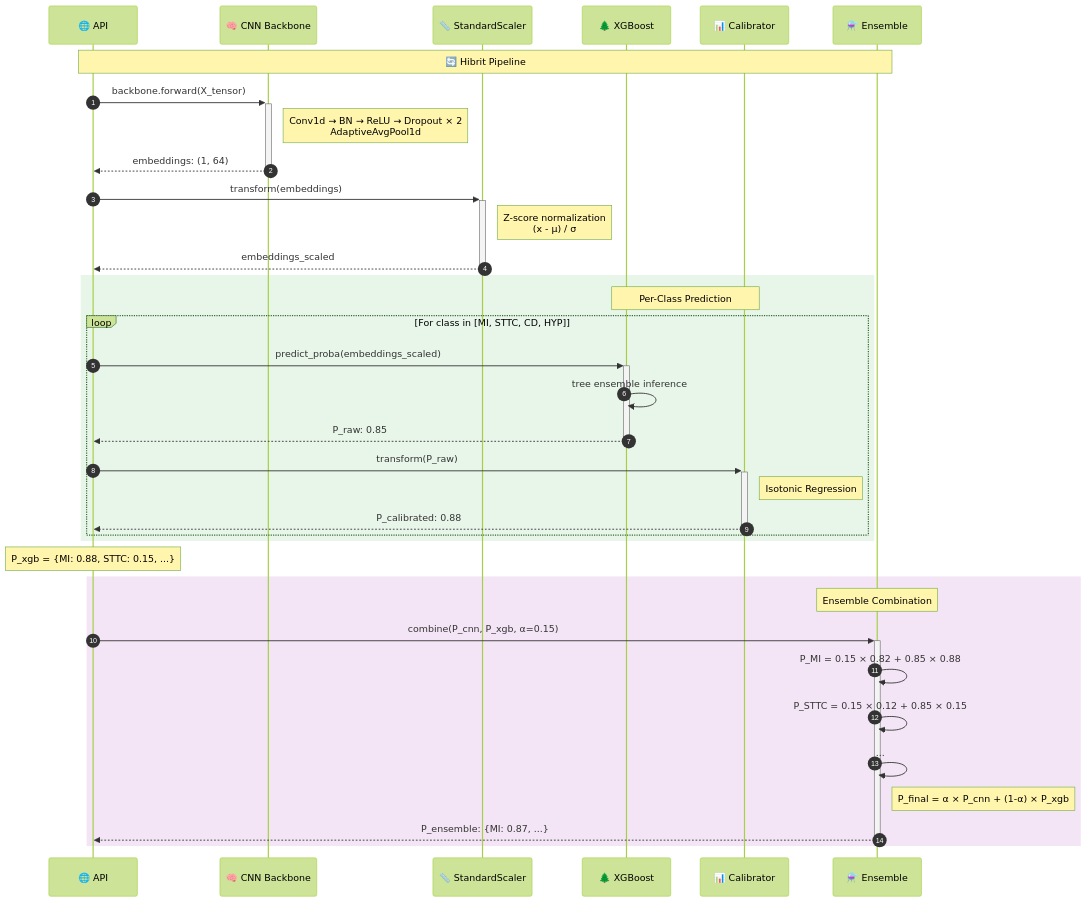
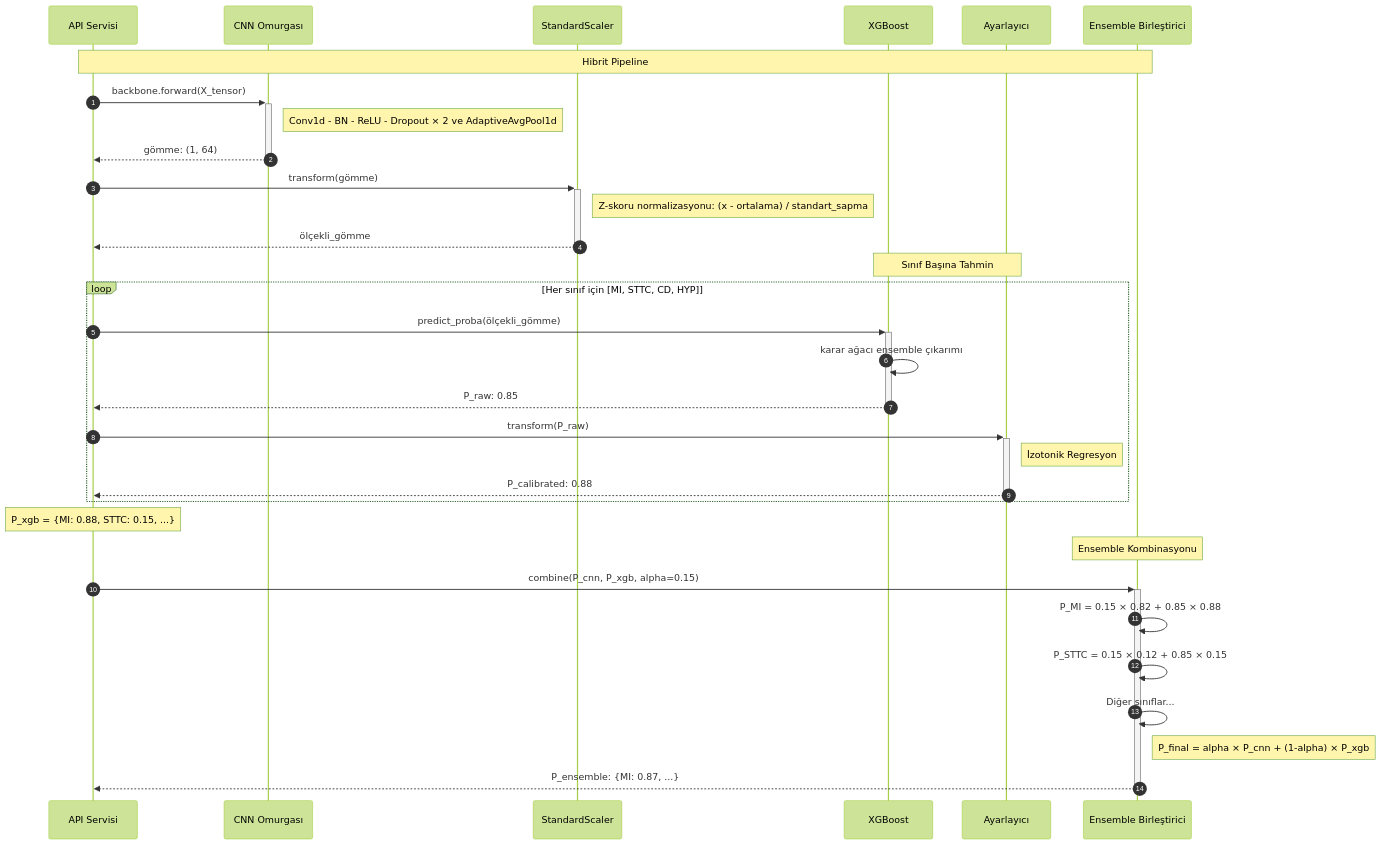
One commit to mUsaulug/CardioGuard-AI changed the fourth of 10 diagrams in docs/diagrams/06_sequence_diagram.md. Above: the diagram before and after it, drawn with Mermaid (forest theme). The commit also changed other lines of this file and 5 other files, not shown here.

````diff
--- a/docs/diagrams/06_sequence_diagram.md
+++ b/docs/diagrams/06_sequence_diagram.md
@@ -292,49 +283,46 @@
 ```mermaid
 sequenceDiagram
     autonumber
     
-    participant API as 🌐 API
-    participant CNN as 🧠 CNN Backbone
-    participant Scaler as 📏 StandardScaler
-    participant XGB as 🌲 XGBoost
-    participant Calib as 📊 Calibrator
-    participant Ensemble as ⚗️ Ensemble
+    participant API as API Servisi
+    participant CNN as CNN Omurgası
+    participant Scaler as StandardScaler
+    participant XGB as XGBoost
+    participant Calib as Ayarlayıcı
+    participant Ensemble as Ensemble Birleştirici
     
-    Note over API, Ensemble: 🔄 Hibrit Pipeline
+    Note over API, Ensemble: Hibrit Pipeline
     
     API->>+CNN: backbone.forward(X_tensor)
-    Note right of CNN: Conv1d → BN → ReLU → Dropout × 2<br/>AdaptiveAvgPool1d
-    CNN-->>-API: embeddings: (1, 64)
+    Note right of CNN: Conv1d - BN - ReLU - Dropout × 2 ve AdaptiveAvgPool1d
+    CNN-->>-API: gömme: (1, 64)
     
-    API->>+Scaler: transform(embeddings)
-    Note right of Scaler: Z-score normalization<br/>(x - μ) / σ
-    Scaler-->>-API: embeddings_scaled
+    API->>+Scaler: transform(gömme)
+    Note right of Scaler: Z-skoru normalizasyonu: (x - ortalama) / standart_sapma
+    Scaler-->>-API: ölçekli_gömme
     
-    rect rgb(232, 245, 233)
-        Note over XGB, Calib: Per-Class Prediction
+    Note over XGB, Calib: Sınıf Başına Tahmin
+    
+    loop Her sınıf için [MI, STTC, CD, HYP]
+        API->>+XGB: predict_proba(ölçekli_gömme)
+        XGB->>XGB: karar ağacı ensemble çıkarımı
+        XGB-->>-API: P_raw: 0.85
         
-        loop For class in [MI, STTC, CD, HYP]
-            API->>+XGB: predict_proba(embeddings_scaled)
-            XGB->>XGB: tree ensemble inference
-            XGB-->>-API: P_raw: 0.85
-            
-            API->>+Calib: transform(P_raw)
-            Note right of Calib: Isotonic Regression
-            Calib-->>-API: P_calibrated: 0.88
-        end
+        API->>+Calib: transform(P_raw)
+        Note right of Calib: İzotonik Regresyon
+        Calib-->>-API: P_calibrated: 0.88
     end
     
     Note over API: P_xgb = {MI: 0.88, STTC: 0.15, ...}
     
-    rect rgb(243, 229, 245)
-        Note over Ensemble: Ensemble Combination
-        API->>+Ensemble: combine(P_cnn, P_xgb, α=0.15)
-        
-        Ensemble->>Ensemble: P_MI = 0.15 × 0.82 + 0.85 × 0.88
-        Ensemble->>Ensemble: P_STTC = 0.15 × 0.12 + 0.85 × 0.15
-        Ensemble->>Ensemble: ...
-        
-        Note right of Ensemble: P_final = α × P_cnn + (1-α) × P_xgb
-        Ensemble-->>-API: P_ensemble: {MI: 0.87, ...}
-    end
+    Note over Ensemble: Ensemble Kombinasyonu
+    
+    API->>+Ensemble: combine(P_cnn, P_xgb, alpha=0.15)
+    
+    Ensemble->>Ensemble: P_MI = 0.15 × 0.82 + 0.85 × 0.88
+    Ensemble->>Ensemble: P_STTC = 0.15 × 0.12 + 0.85 × 0.15
+    Ensemble->>Ensemble: Diğer sınıflar...
+    
+    Note right of Ensemble: P_final = alpha × P_cnn + (1-alpha) × P_xgb
+    Ensemble-->>-API: P_ensemble: {MI: 0.87, ...}
 ```
````
